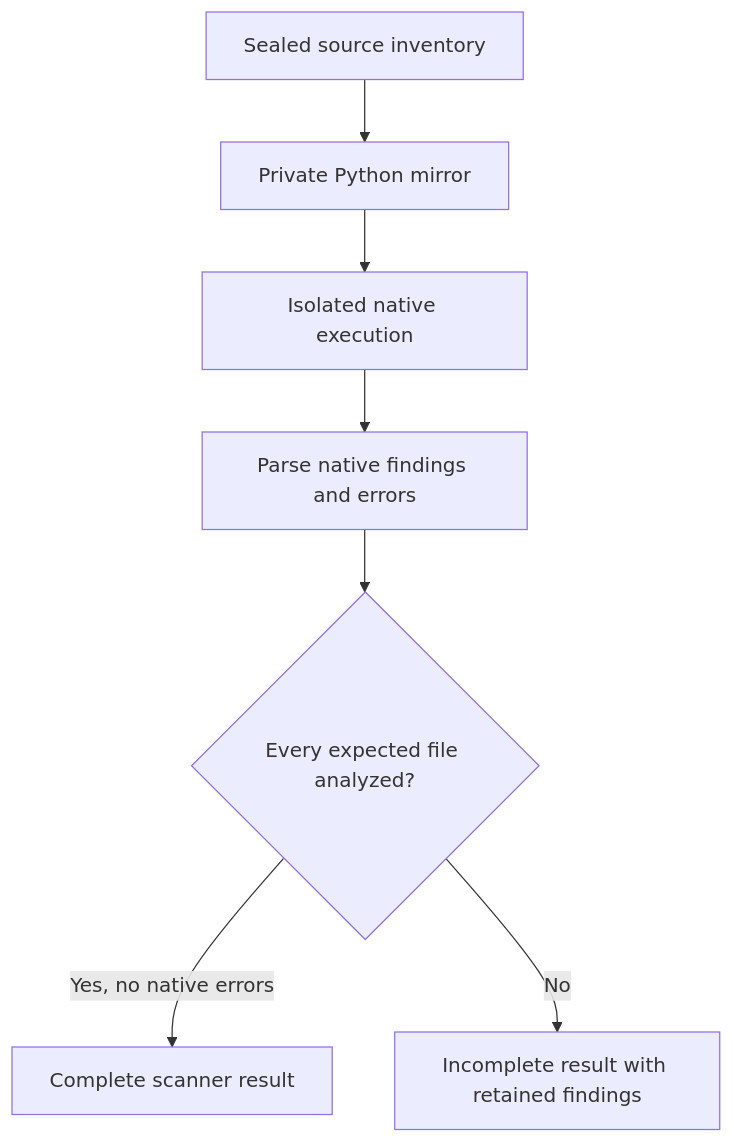
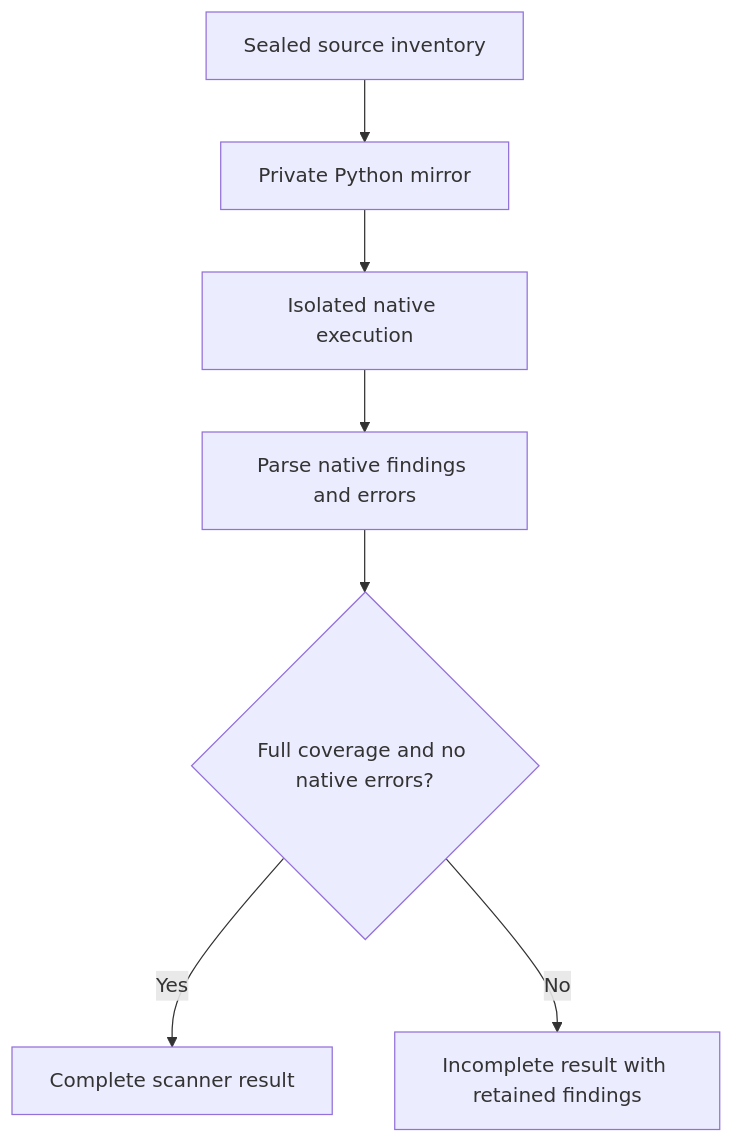
Before and after one commit to willtran87/project-py-security-suite: the fourth of 7 diagrams in docs/validation-pipeline.md, drawn with Mermaid. The commit also changed other lines of this file and 4 other files, not shown here.

````diff
--- a/docs/validation-pipeline.md
+++ b/docs/validation-pipeline.md
@@ -124,9 +124,9 @@
 ```mermaid
 flowchart TD
     S[Sealed source inventory] --> M[Private Python mirror]
     M --> E[Isolated native execution]
     E --> N[Parse native findings and errors]
-    N --> C{Every expected file analyzed?}
-    C -->|Yes, no native errors| R[Complete scanner result]
+    N --> C{Full coverage and no native errors?}
+    C -->|Yes| R[Complete scanner result]
     C -->|No| I[Incomplete result with retained findings]
 ```
````
